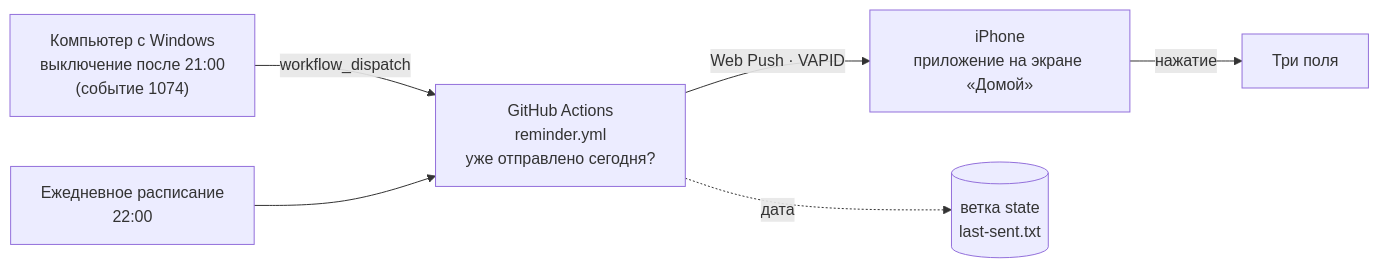
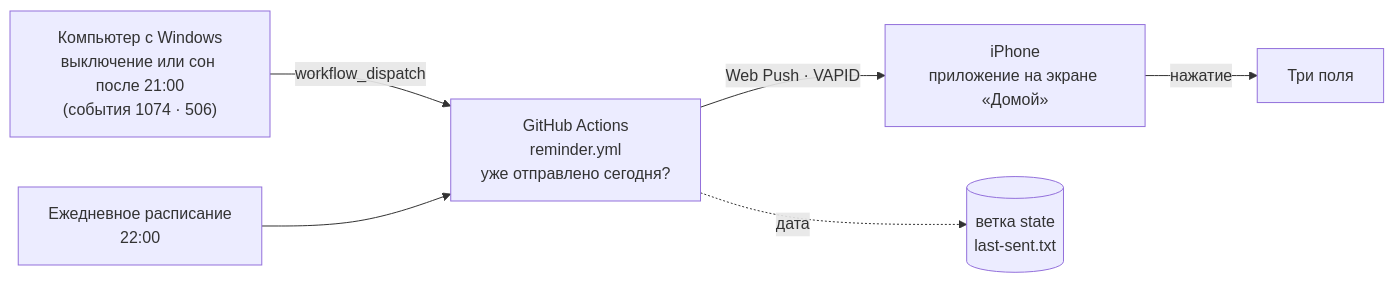
The diagram in README.ru.md (YILDIRIMZX/aksam-notu), drawn with Mermaid before and after one commit. The commit also changed other lines of this file and 8 other files, not shown here.

````diff
--- a/README.ru.md
+++ b/README.ru.md
@@ -33,8 +33,8 @@
 ```mermaid
 flowchart LR
-  PC["Компьютер с Windows<br/>выключение после 21:00<br/>(событие 1074)"] -- "workflow_dispatch" --> GA
+  PC["Компьютер с Windows<br/>выключение или сон после 21:00<br/>(события 1074 · 506)"] -- "workflow_dispatch" --> GA
   Cron["Ежедневное расписание<br/>22:00"] --> GA
   GA["GitHub Actions<br/>reminder.yml<br/>уже отправлено сегодня?"] -- "Web Push · VAPID" --> Phone["iPhone<br/>приложение на экране «Домой»"]
   GA -. "дата" .-> State[("ветка state<br/>last-sent.txt")]
   Phone -- "нажатие" --> Note["Три поля"]
 ```
````
